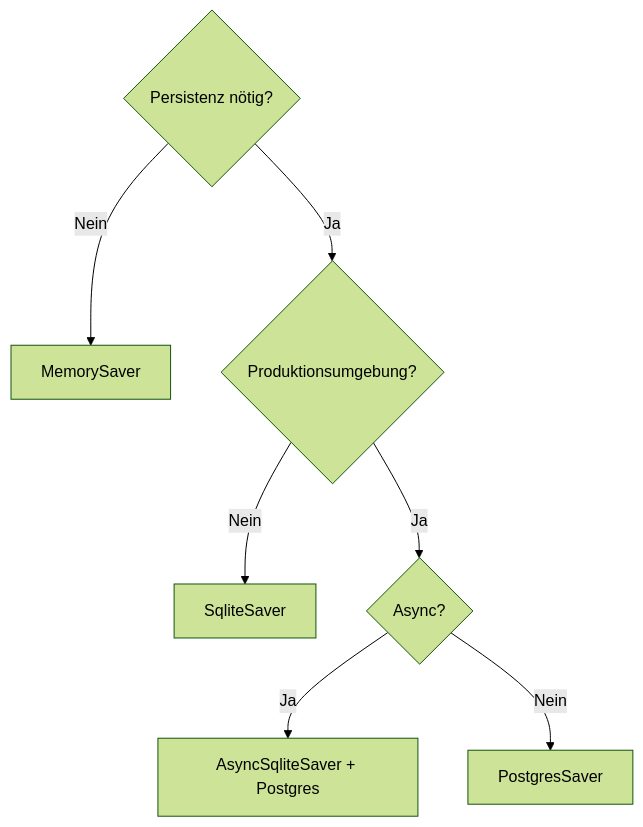
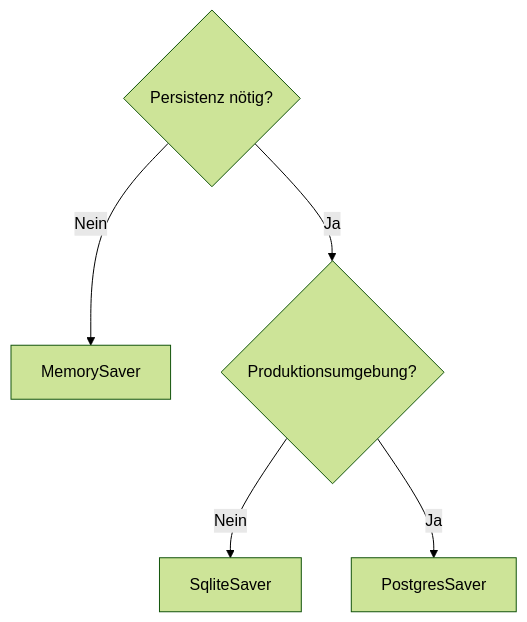
Before and after one commit to ralf-42/Agenten: the second of 3 diagrams in docs/concepts/Checkpointing_Persistenz.md, drawn with Mermaid (forest theme). The commit also changed other lines of this file and 15 other files, not shown here.

````diff
--- a/docs/concepts/Checkpointing_Persistenz.md
+++ b/docs/concepts/Checkpointing_Persistenz.md
@@ -157,10 +135,8 @@
 ```mermaid
 flowchart TD
     A{Persistenz nötig?}
     A -->|Nein| B[MemorySaver]
     A -->|Ja| C{Produktionsumgebung?}
     C -->|Nein| D[SqliteSaver]
-    C -->|Ja| E{Async?}
-    E -->|Ja| F[AsyncSqliteSaver + Postgres]
-    E -->|Nein| G[PostgresSaver]
+    C -->|Ja| E[PostgresSaver]
 ```
````
